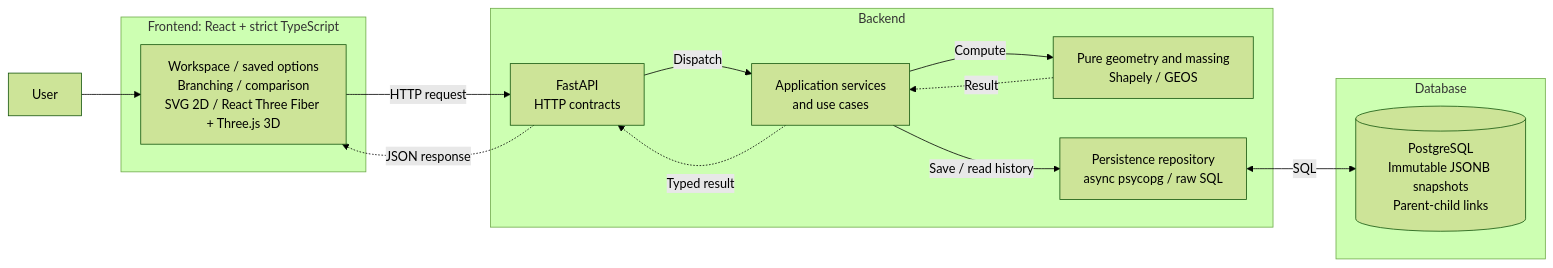
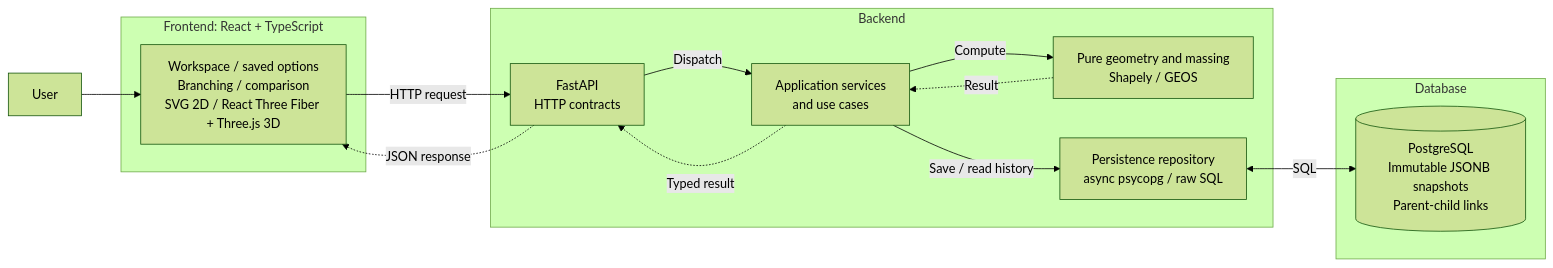
One commit to Aleks2580/building-geometry-case-study changed the first of 2 diagrams in docs/DESIGN.md. Above: the diagram before and after it, drawn with Mermaid (forest theme). The commit also changed other lines of this file and 1 other file, not shown here.

Commit message:
docs: simplify TypeScript terminology

````diff
--- a/docs/DESIGN.md
+++ b/docs/DESIGN.md
@@ -26,25 +26,25 @@
 ```mermaid
 flowchart LR
     User["User"]
-    subgraph Frontend["Frontend: React + strict TypeScript"]
+    subgraph Frontend["Frontend: React + TypeScript"]
         UI["Workspace / saved options<br/>Branching / comparison<br/>SVG 2D / React Three Fiber + Three.js 3D"]
     end
     subgraph Backend["Backend"]
         HTTP["FastAPI<br/>HTTP contracts"]
         Services["Application services<br/>and use cases"]
         Domain["Pure geometry and massing<br/>Shapely / GEOS"]
         Repository["Persistence repository<br/>async psycopg / raw SQL"]
     end
     subgraph Database["Database"]
         DB[("PostgreSQL<br/>Immutable JSONB snapshots<br/>Parent-child links")]
     end
     User --> UI
     UI -->|HTTP request| HTTP
     HTTP -->|Dispatch| Services
     Services -->|Compute| Domain
     Services -->|Save / read history| Repository
     Repository <-->|SQL| DB
     Domain -.->|Result| Services
     Services -.->|Typed result| HTTP
     HTTP -.->|JSON response| UI
 ```
````
